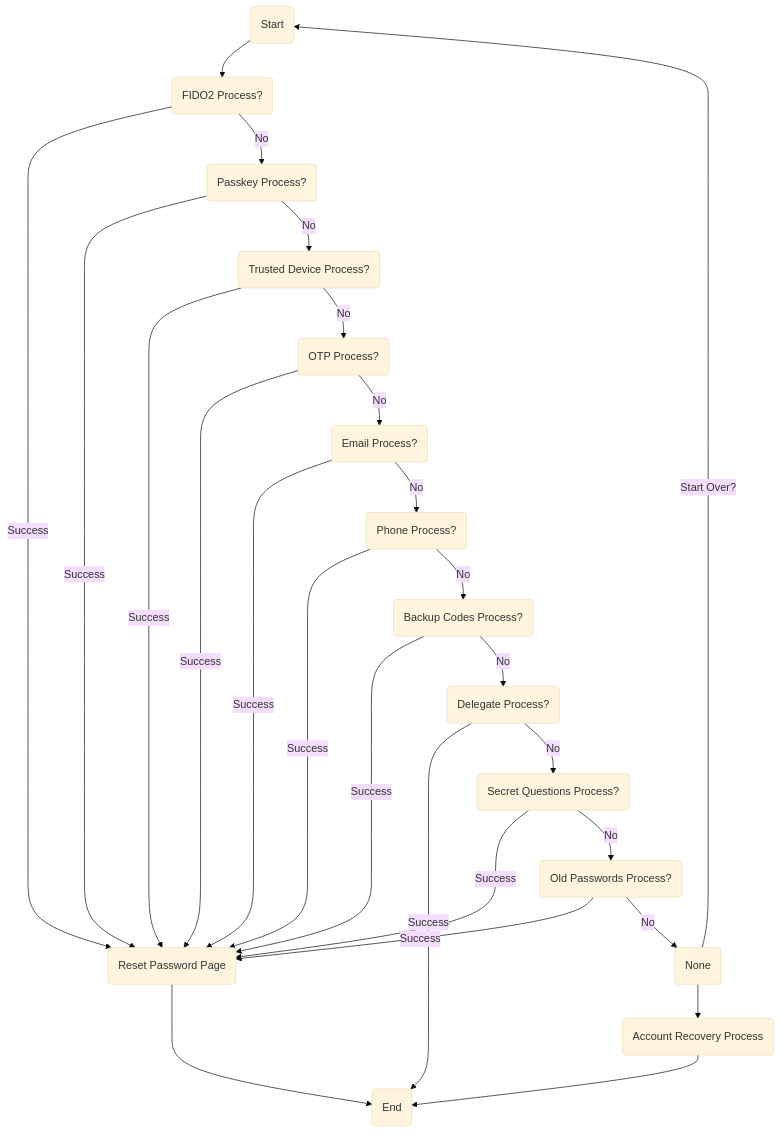
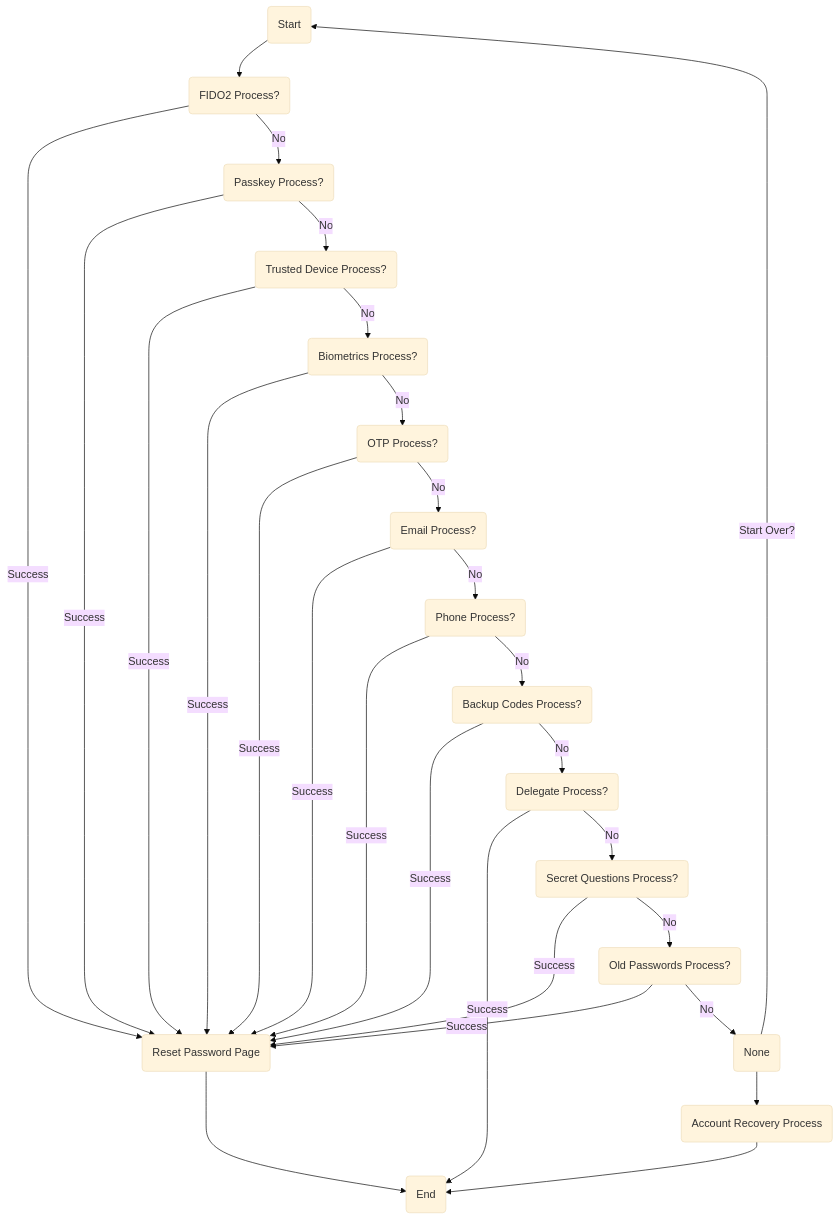
One commit to widerload/tech-comms changed the first of 2 diagrams in forgotten-password/Process-Variations.md. Above: the diagram before and after it, drawn with Mermaid (base theme). The commit also changed 2 other files, not shown here.

Commit message:
Added biometrics into ideas mind map Added simple todo list

````diff
--- a/forgotten-password/Process-Variations.md
+++ b/forgotten-password/Process-Variations.md
@@ -13,44 +13,47 @@
 ```mermaid
 flowchart TD
     start("Start")
     fido("FIDO2 Process?")
     passkey("Passkey Process?")
     device("Trusted Device Process?")
+    biometrics("Biometrics Process?")
     otp("OTP Process?")
     email("Email Process?")
     phone("Phone Process?")
     codes("Backup Codes Process?")
     delegate("Delegate Process?")
     questions("Secret Questions Process?")
     oldpasswords("Old Passwords Process?")
     none("None")
     reset("Reset Password Page")
     recover("Account Recovery Process")
     endbox("End")
 
     start --> fido
     fido --"Success"--> reset
     fido --"No"--> passkey
     passkey --"Success"--> reset
     passkey --"No"--> device
     device --"Success"--> reset
-    device --"No"--> otp
+    device --"No"--> biometrics
+    biometrics --"Success"--> reset
+    biometrics --"No"--> otp
     otp --"Success"--> reset
     otp --"No"--> email
     email --"Success"--> reset
     email --"No"--> phone
     phone --"Success"--> reset
     phone --"No"--> codes
     codes --"Success"--> reset
     codes --"No"--> delegate
     delegate --"Success"--> endbox
     delegate --"No"--> questions
     questions --"Success"--> reset
     questions --"No"--> oldpasswords
     oldpasswords --"Success"--> reset
     oldpasswords --"No"--> none
     none --"Start Over?"--> start
     none --> recover
     reset --> endbox
     recover --> endbox
 ```
````
